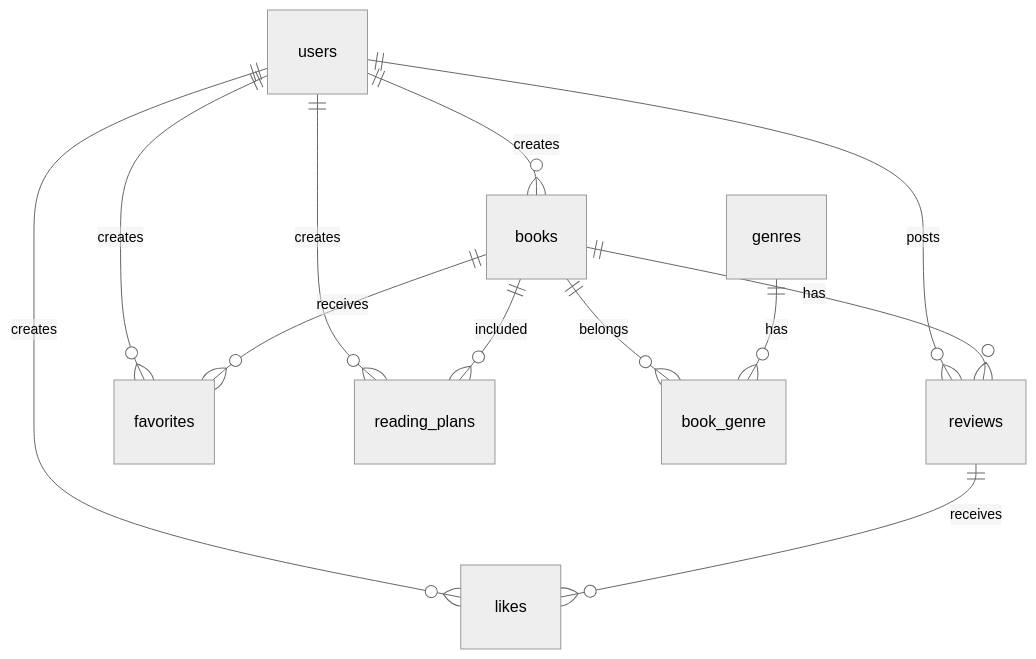
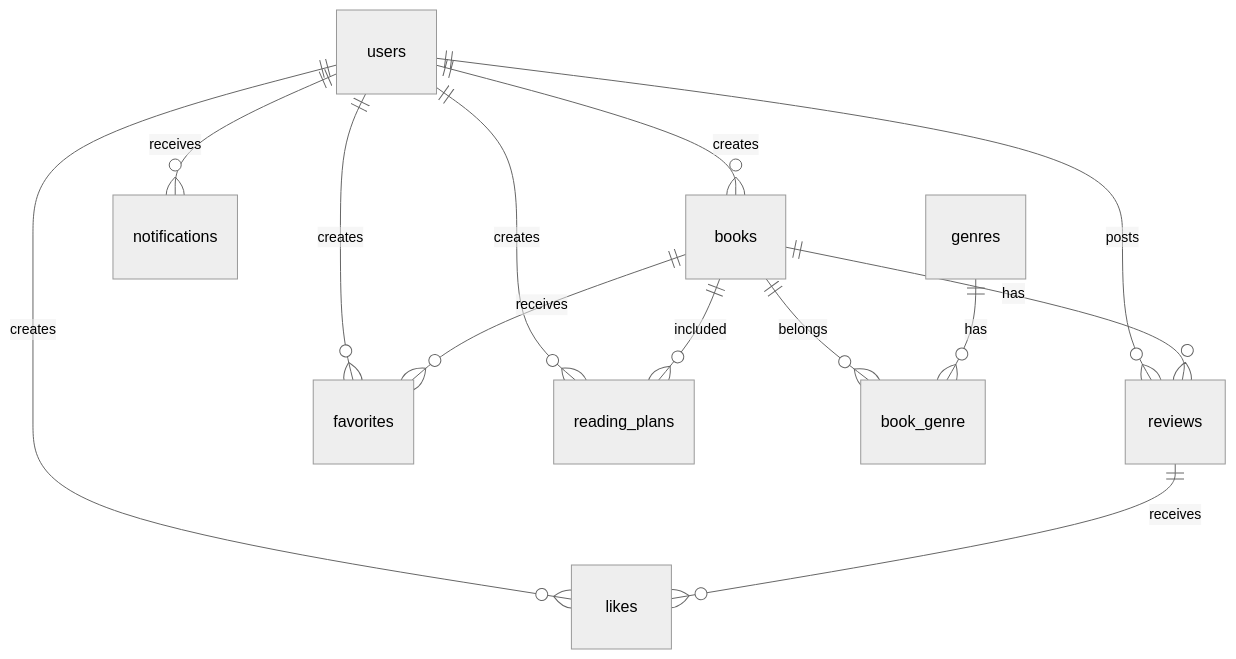
One commit to kanon-non-mad/bookshelf-app changed the diagram in README.md. Above: the diagram before and after it, drawn with Mermaid (neutral theme). The commit also changed other lines of this file, not shown here.

````diff
--- a/README.md
+++ b/README.md
@@ -32,19 +34,20 @@
 ```mermaid
 erDiagram
 
     users ||--o{ books : creates
     users ||--o{ reviews : posts
     users ||--o{ favorites : creates
     users ||--o{ likes : creates
     users ||--o{ reading_plans : creates
+    users ||--o{ notifications : receives
 
     books ||--o{ reviews : has
     books ||--o{ favorites : receives
     books ||--o{ reading_plans : included
 
     books ||--o{ book_genre : belongs
     genres ||--o{ book_genre : has
 
     reviews ||--o{ likes : receives
 
 ```
````
